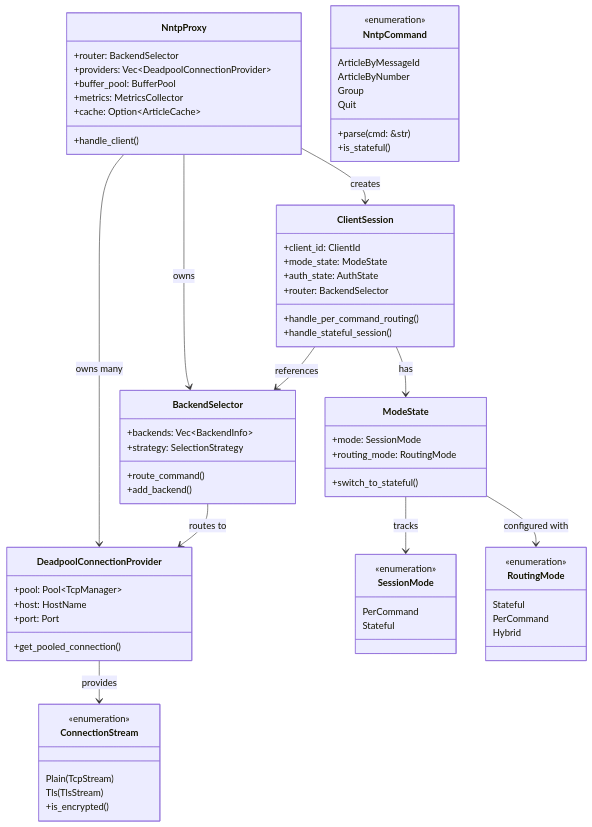
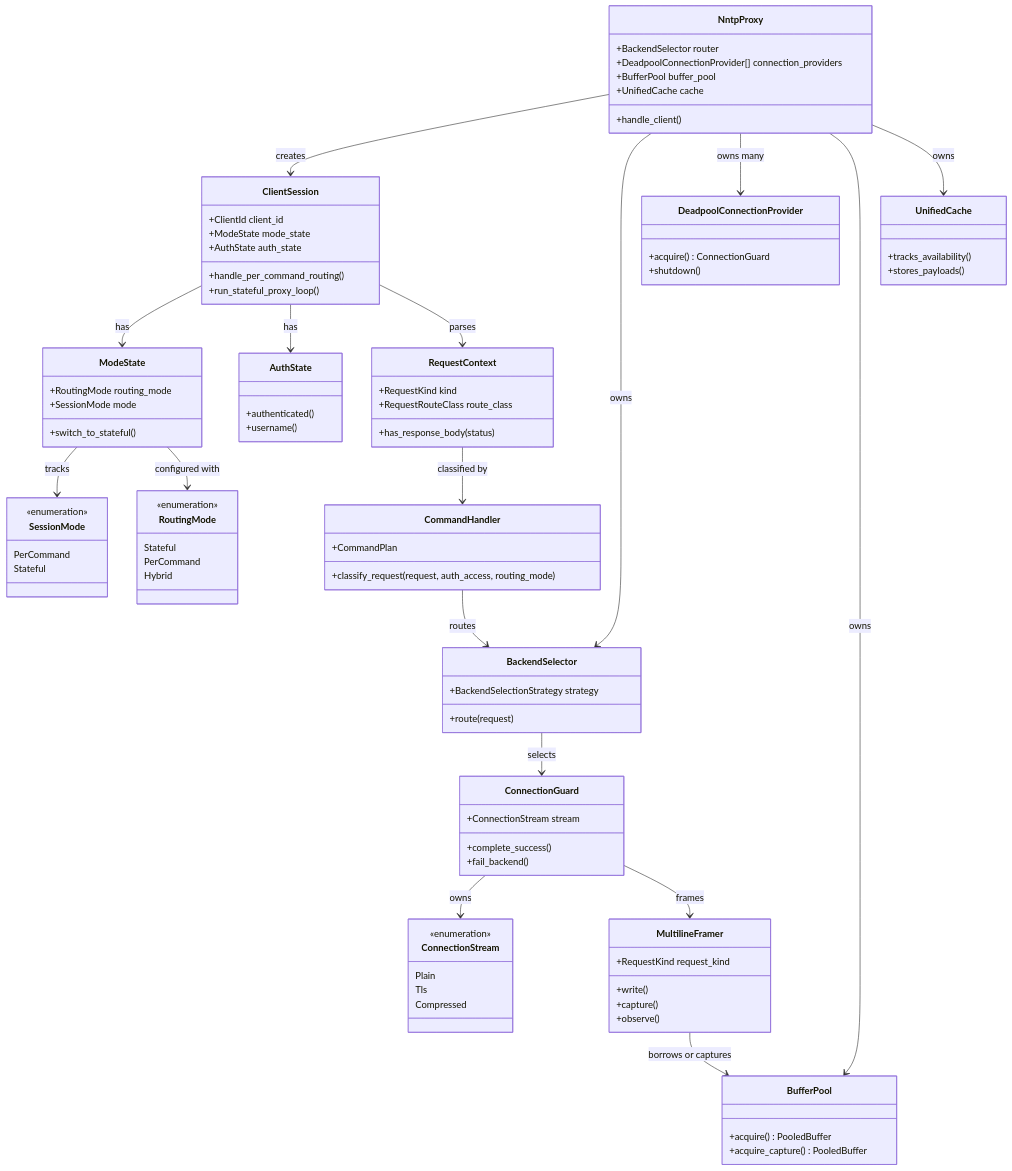
One commit to mjc/nntp-proxy changed the diagram in docs/internal/types.mmd. Above: the diagram before and after it, drawn with Mermaid. The commit also changed 8 other files, not shown here.

```diff
--- a/docs/internal/types.mmd
+++ b/docs/internal/types.mmd
@@ -1,78 +1,108 @@
 classDiagram
     class NntpProxy {
-        +router: BackendSelector
-        +providers: Vec~DeadpoolConnectionProvider~
-        +buffer_pool: BufferPool
-        +metrics: MetricsCollector
-        +cache: Option~ArticleCache~
+        +BackendSelector router
+        +DeadpoolConnectionProvider[] connection_providers
+        +BufferPool buffer_pool
+        +UnifiedCache cache
         +handle_client()
     }
-    
+
     class ClientSession {
-        +client_id: ClientId
-        +mode_state: ModeState
-        +auth_state: AuthState
-        +router: BackendSelector
+        +ClientId client_id
+        +ModeState mode_state
+        +AuthState auth_state
         +handle_per_command_routing()
-        +handle_stateful_session()
+        +run_stateful_proxy_loop()
     }
-    
+
+    class RequestContext {
+        +RequestKind kind
+        +RequestRouteClass route_class
+        +has_response_body(status)
+    }
+
+    class CommandHandler {
+        +classify_request(request, auth_access, routing_mode)
+        +CommandPlan
+    }
+
     class BackendSelector {
-        +backends: Vec~BackendInfo~
-        +strategy: SelectionStrategy
-        +route_command()
-        +add_backend()
+        +BackendSelectionStrategy strategy
+        +route(request)
     }
-    
+
     class DeadpoolConnectionProvider {
-        +pool: Pool~TcpManager~
-        +host: HostName
-        +port: Port
-        +get_pooled_connection()
+        +acquire() ConnectionGuard
+        +shutdown()
     }
-    
-    class NntpCommand {
-        <<enumeration>>
-        ArticleByMessageId
-        ArticleByNumber
-        Group
-        Quit
-        +parse(cmd: &str)
-        +is_stateful()
+
+    class ConnectionGuard {
+        +ConnectionStream stream
+        +complete_success()
+        +fail_backend()
     }
-    
+
+    class MultilineFramer {
+        +RequestKind request_kind
+        +write()
+        +capture()
+        +observe()
+    }
+
+    class BufferPool {
+        +acquire() PooledBuffer
+        +acquire_capture() PooledBuffer
+    }
+
     class ConnectionStream {
         <<enumeration>>
-        Plain(TcpStream)
-        Tls(TlsStream)
-        +is_encrypted()
+        Plain
+        Tls
+        Compressed
     }
-    
+
     class ModeState {
-        +mode: SessionMode
-        +routing_mode: RoutingMode
+        +RoutingMode routing_mode
+        +SessionMode mode
         +switch_to_stateful()
     }
-    
+
+    class AuthState {
+        +authenticated()
+        +username()
+    }
+
     class SessionMode {
         <<enumeration>>
         PerCommand
         Stateful
     }
-    
+
     class RoutingMode {
         <<enumeration>>
         Stateful
         PerCommand
         Hybrid
     }
 
+    class UnifiedCache {
+        +tracks_availability()
+        +stores_payloads()
+    }
+
     NntpProxy --> ClientSession : creates
     NntpProxy --> BackendSelector : owns
     NntpProxy --> DeadpoolConnectionProvider : owns many
+    NntpProxy --> BufferPool : owns
+    NntpProxy --> UnifiedCache : owns
     ClientSession --> ModeState : has
-    ClientSession --> BackendSelector : references
-    BackendSelector --> DeadpoolConnectionProvider : routes to
-    DeadpoolConnectionProvider --> ConnectionStream : provides
+    ClientSession --> AuthState : has
+    ClientSession --> RequestContext : parses
+    RequestContext --> CommandHandler : classified by
+    CommandHandler --> BackendSelector : routes
+    BackendSelector --> ConnectionGuard : selects
+    ConnectionGuard --> ConnectionStream : owns
+    ConnectionGuard --> MultilineFramer : frames
+    MultilineFramer --> BufferPool : borrows or captures
     ModeState --> SessionMode : tracks
     ModeState --> RoutingMode : configured with
```
